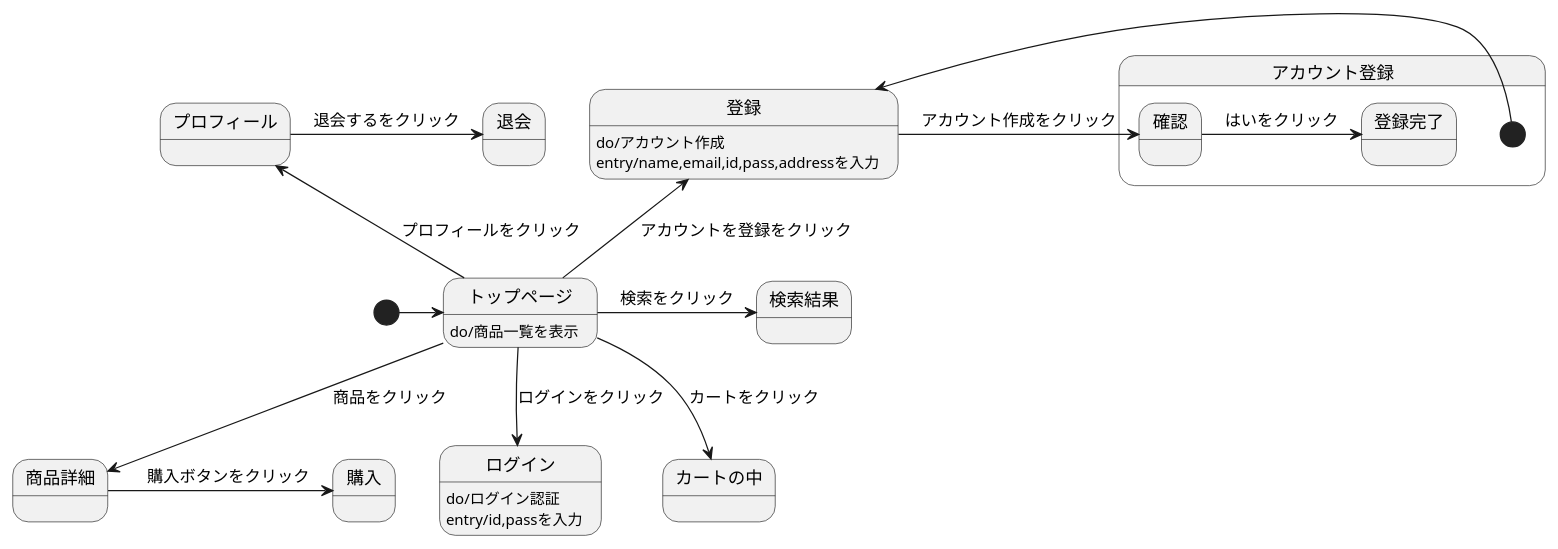
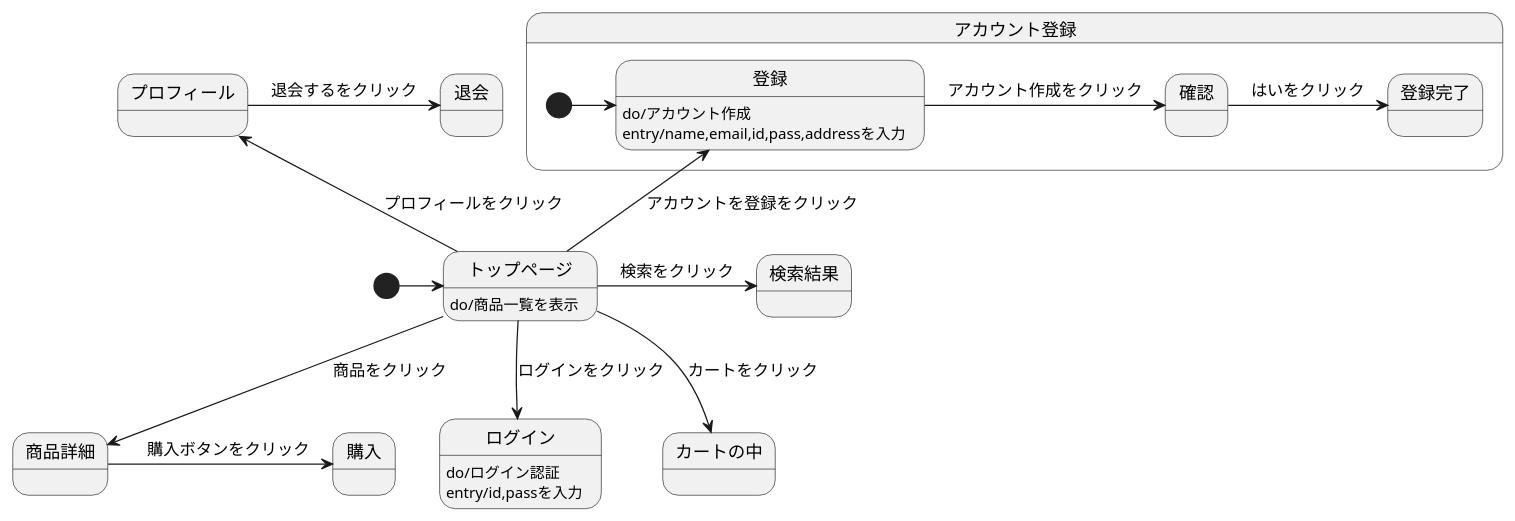
One commit to Aso2001159/2021sys-design changed the diagram in stm01.md. Above: the diagram before and after it, drawn with PlantUML.

````diff
--- a/stm01.md
+++ b/stm01.md
@@ -1,25 +1,25 @@
 ```uml
 
 @startuml
 [*]->トップページ
 トップページ : do/商品一覧を表示
 トップページ-->商品詳細 : 商品をクリック
   商品詳細->購入 :　購入ボタンをクリック
 トップページ-down->ログイン :ログインをクリック
   ログイン : do/ログイン認証
   ログイン : entry/id,passを入力
 トップページ-->カートの中 :カートをクリック
-トップページ-up-> 登録 :アカウントを登録をクリック
 state アカウント登録{
 [*]-> 登録 
+  トップページ-up-> 登録 :アカウントを登録をクリック
   登録 : do/アカウント作成
   登録 : entry/name,email,id,pass,addressを入力
   登録 ->確認: アカウント作成をクリック
   確認 -> 登録完了: はいをクリック
   }
 トップページ->検索結果 :検索をクリック
 トップページ-up->プロフィール :プロフィールをクリック
   プロフィール->退会 :退会するをクリック
 @enduml
 
 ```
````
